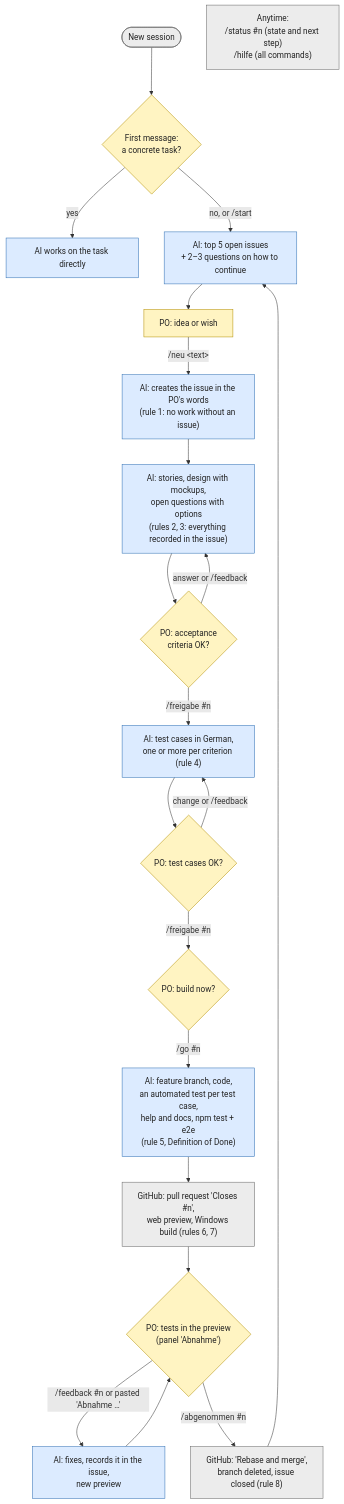
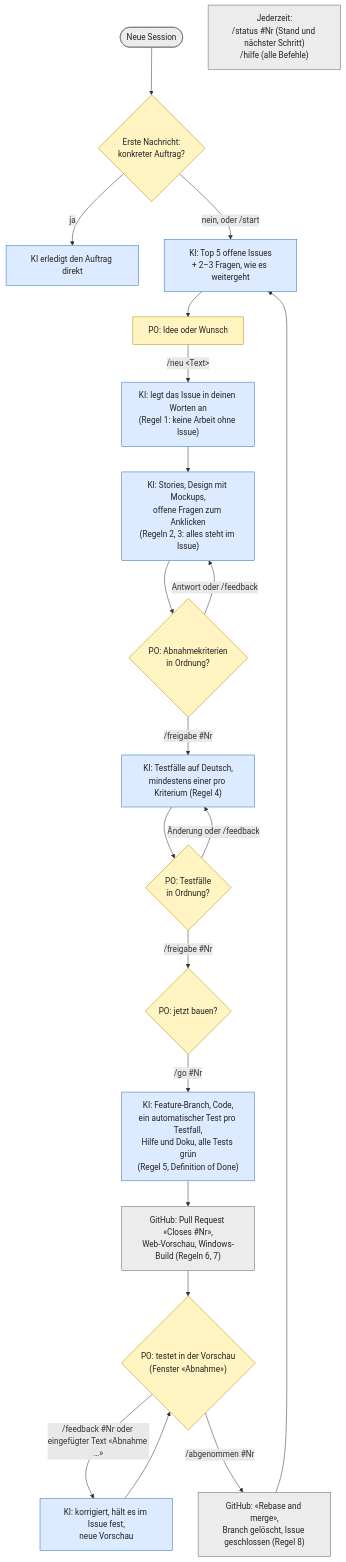
The diagram in docs/working-mode.md (goerks/GetThingsDone), drawn with Mermaid before and after one commit. The commit also changed other lines of this file and 2 other files, not shown here.

Commit message:
Show the working mode diagram in German (#43)
Diagrams made for the PO are in German, like the test cases; the rule is
added to "Language" in CLAUDE.md.

Claude-Session: https://claude.ai/code/session_01NsQR14kNS22wjKkgxVqed1

````diff
--- a/docs/working-mode.md
+++ b/docs/working-mode.md
@@ -15,30 +15,30 @@
 ```mermaid
 flowchart TD
-  S(["New session"]) --> Q{"First message:<br/>a concrete task?"}
-  Q -- "yes" --> T["AI works on the task directly"]
-  Q -- "no, or /start" --> START["AI: top 5 open issues<br/>+ 2–3 questions on how to continue"]
-  START --> IDEA["PO: idea or wish"]
-  IDEA -- "/neu &lt;text&gt;" --> ISSUE["AI: creates the issue in the PO's words<br/>(rule 1: no work without an issue)"]
-  ISSUE --> REFINE["AI: stories, design with mockups,<br/>open questions with options<br/>(rules 2, 3: everything recorded in the issue)"]
-  REFINE --> AC{"PO: acceptance<br/>criteria OK?"}
-  AC -- "answer or /feedback" --> REFINE
-  AC -- "/freigabe #n" --> TC["AI: test cases in German,<br/>one or more per criterion (rule 4)"]
-  TC --> TCOK{"PO: test cases OK?"}
-  TCOK -- "change or /feedback" --> TC
-  TCOK -- "/freigabe #n" --> GO{"PO: build now?"}
-  GO -- "/go #n" --> BUILD["AI: feature branch, code,<br/>an automated test per test case,<br/>help and docs, npm test + e2e<br/>(rule 5, Definition of Done)"]
-  BUILD --> PR["GitHub: pull request 'Closes #n',<br/>web preview, Windows build (rules 6, 7)"]
-  PR --> CHECK{"PO: tests in the preview<br/>(panel 'Abnahme')"}
-  CHECK -- "/feedback #n or pasted 'Abnahme …'" --> FIX["AI: fixes, records it in the issue,<br/>new preview"]
+  S(["Neue Session"]) --> Q{"Erste Nachricht:<br/>konkreter Auftrag?"}
+  Q -- "ja" --> T["KI erledigt den Auftrag direkt"]
+  Q -- "nein, oder /start" --> START["KI: Top 5 offene Issues<br/>+ 2–3 Fragen, wie es weitergeht"]
+  START --> IDEA["PO: Idee oder Wunsch"]
+  IDEA -- "/neu &lt;Text&gt;" --> ISSUE["KI: legt das Issue in deinen Worten an<br/>(Regel 1: keine Arbeit ohne Issue)"]
+  ISSUE --> REFINE["KI: Stories, Design mit Mockups,<br/>offene Fragen zum Anklicken<br/>(Regeln 2, 3: alles steht im Issue)"]
+  REFINE --> AC{"PO: Abnahmekriterien<br/>in Ordnung?"}
+  AC -- "Antwort oder /feedback" --> REFINE
+  AC -- "/freigabe #Nr" --> TC["KI: Testfälle auf Deutsch,<br/>mindestens einer pro Kriterium (Regel 4)"]
+  TC --> TCOK{"PO: Testfälle<br/>in Ordnung?"}
+  TCOK -- "Änderung oder /feedback" --> TC
+  TCOK -- "/freigabe #Nr" --> GO{"PO: jetzt bauen?"}
+  GO -- "/go #Nr" --> BUILD["KI: Feature-Branch, Code,<br/>ein automatischer Test pro Testfall,<br/>Hilfe und Doku, alle Tests grün<br/>(Regel 5, Definition of Done)"]
+  BUILD --> PR["GitHub: Pull Request «Closes #Nr»,<br/>Web-Vorschau, Windows-Build (Regeln 6, 7)"]
+  PR --> CHECK{"PO: testet in der Vorschau<br/>(Fenster «Abnahme»)"}
+  CHECK -- "/feedback #Nr oder eingefügter Text «Abnahme …»" --> FIX["KI: korrigiert, hält es im Issue fest,<br/>neue Vorschau"]
   FIX --> CHECK
-  CHECK -- "/abgenommen #n" --> MERGE["GitHub: 'Rebase and merge',<br/>branch deleted, issue closed (rule 8)"]
+  CHECK -- "/abgenommen #Nr" --> MERGE["GitHub: «Rebase and merge»,<br/>Branch gelöscht, Issue geschlossen (Regel 8)"]
   MERGE --> START
-  ANY["Anytime:<br/>/status #n (state and next step)<br/>/hilfe (all commands)"]
+  ANY["Jederzeit:<br/>/status #Nr (Stand und nächster Schritt)<br/>/hilfe (alle Befehle)"]
 
   classDef po fill:#fff4c2,stroke:#b38f00,color:#222
   classDef ai fill:#dcebff,stroke:#2f6fb3,color:#222
   classDef gh fill:#ececec,stroke:#666,color:#222
   class Q,IDEA,AC,TCOK,GO,CHECK po
   class T,START,ISSUE,REFINE,TC,BUILD,FIX ai
   class S,PR,MERGE,ANY gh
 ```
````
